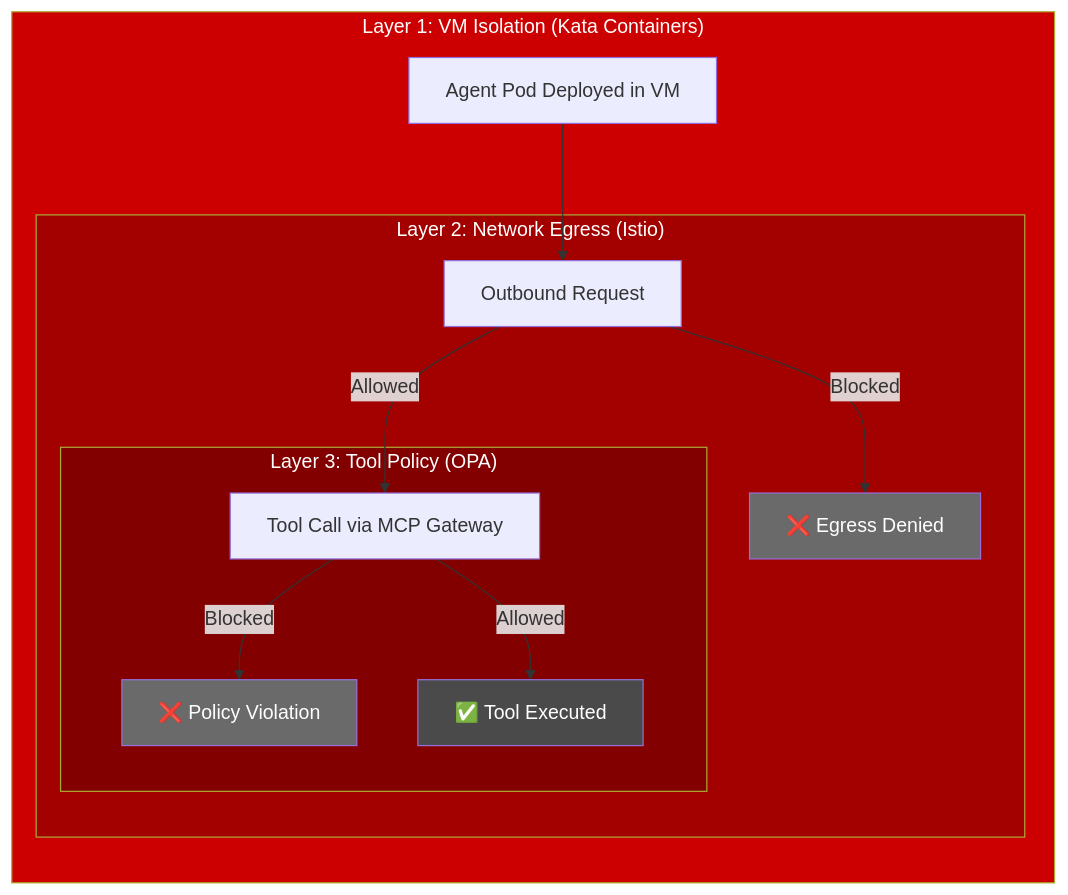
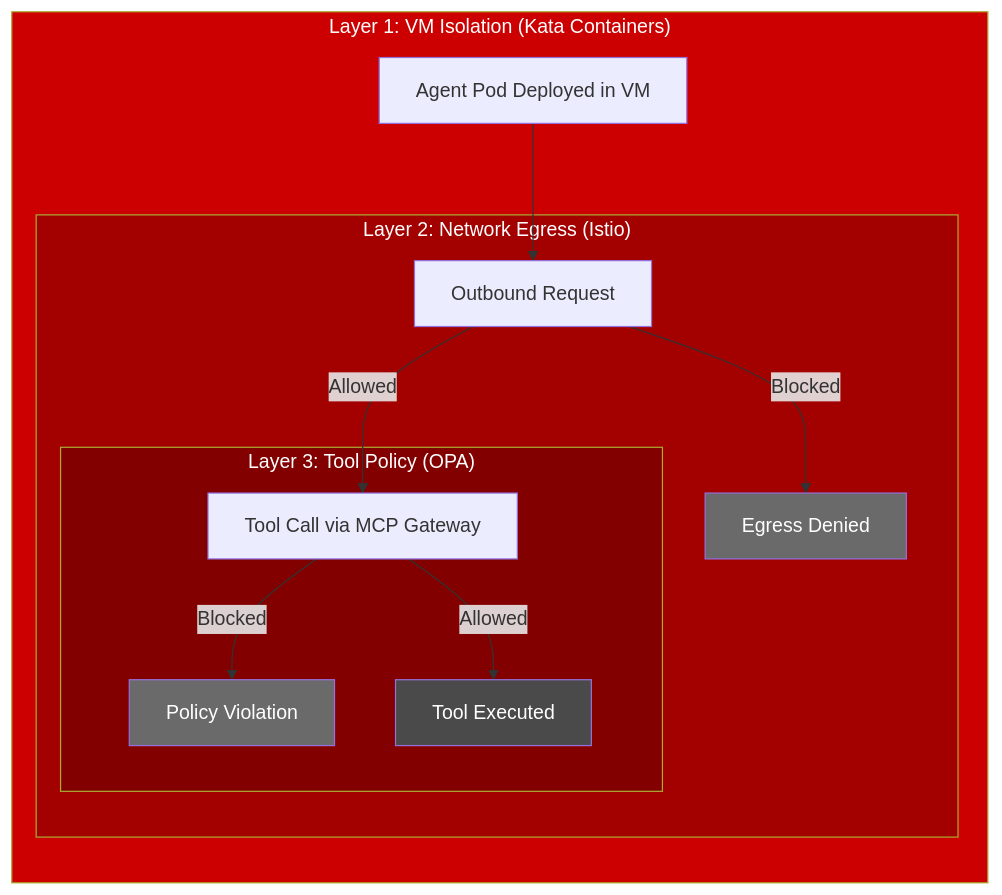
The diagram in docs/concepts/defense-in-depth.md (rrbanda/agent-sandbox-ocp), drawn with Mermaid before and after one commit. The commit also changed other lines of this file and 23 other files, not shown here.

````diff
--- a/docs/concepts/defense-in-depth.md
+++ b/docs/concepts/defense-in-depth.md
@@ -7,27 +7,27 @@
 ```mermaid
 flowchart TD
     subgraph L1["Layer 1: VM Isolation (Kata Containers)"]
         direction TB
         A["Agent Pod Deployed in VM"]
         A --> B
         
         subgraph L2["Layer 2: Network Egress (Istio)"]
             B["Outbound Request"]
-            B -->|Blocked| X2[❌ Egress Denied]
+            B -->|Blocked| X2[ Egress Denied]
             B -->|Allowed| C
             
             subgraph L3["Layer 3: Tool Policy (OPA)"]
                 C["Tool Call via MCP Gateway"]
-                C -->|Blocked| X3[❌ Policy Violation]
-                C -->|Allowed| D[✅ Tool Executed]
+                C -->|Blocked| X3[ Policy Violation]
+                C -->|Allowed| D[ Tool Executed]
             end
         end
     end
     
     style L1 fill:#CC0000,color:#FFFFFF
     style L2 fill:#A30000,color:#FFFFFF
     style L3 fill:#820000,color:#FFFFFF
     style X2 fill:#6A6A6A,color:#FFFFFF
     style X3 fill:#6A6A6A,color:#FFFFFF
     style D fill:#4A4A4A,color:#FFFFFF
 ```
````
